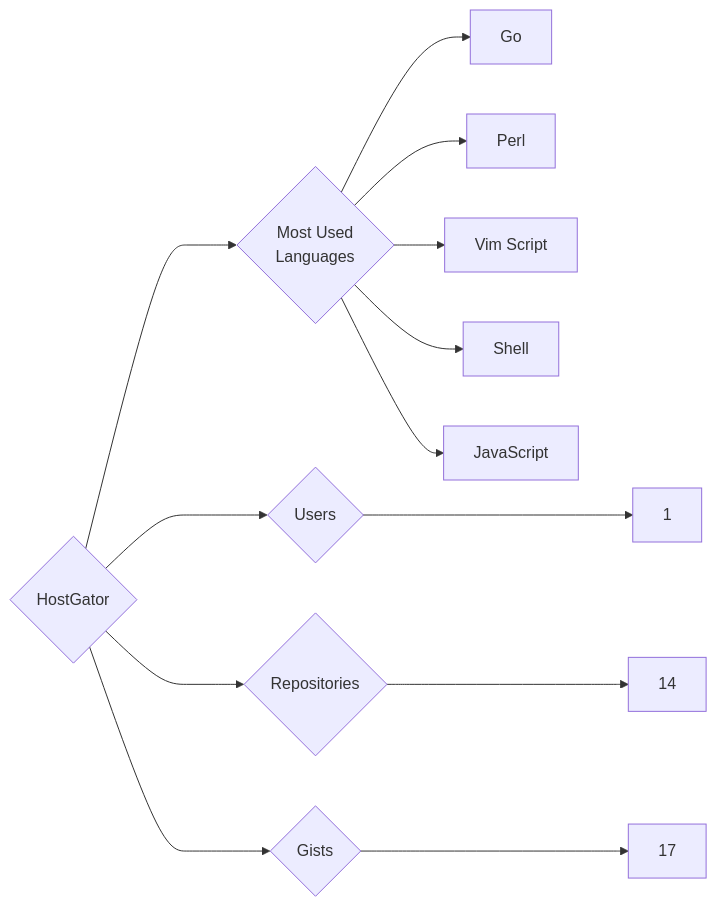
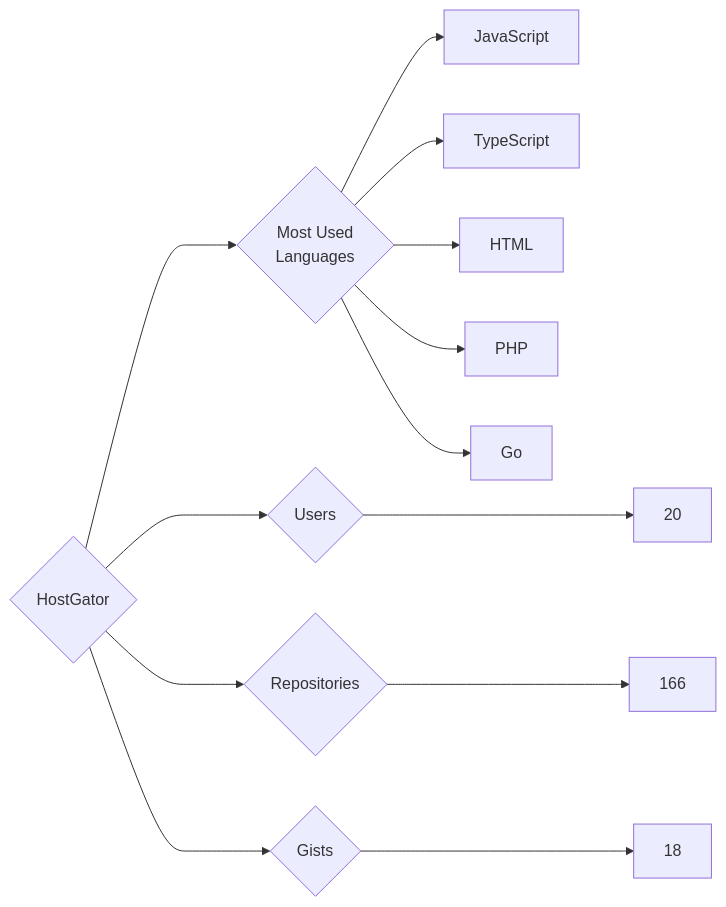
Before and after one commit to trickest/insiders: the diagram in targets/HostGator/README.md, drawn with Mermaid. The commit also changed 757 other files, not shown here.

````diff
--- a/targets/HostGator/README.md
+++ b/targets/HostGator/README.md
@@ -3,13 +3,13 @@
 ```mermaid
 graph LR
 COMPANY_NAME{HostGator}
-COMPANY_NAME ---> U{Users} ---> UN[1]
-COMPANY_NAME ---> R{Repositories} ---> RN[14]
-COMPANY_NAME ---> G{Gists} ---> GN[17]
+COMPANY_NAME ---> U{Users} ---> UN[20]
+COMPANY_NAME ---> R{Repositories} ---> RN[166]
+COMPANY_NAME ---> G{Gists} ---> GN[18]
 COMPANY_NAME ---> ML{Most Used<br>Languages}
+ML --> JavaScript[JavaScript]
+ML --> TypeScript[TypeScript]
+ML --> HTML[HTML]
+ML --> PHP[PHP]
 ML --> Go[Go]
-ML --> Perl[Perl]
-ML --> Vim_Script[Vim Script]
-ML --> Shell[Shell]
-ML --> JavaScript[JavaScript]
 ```
````
